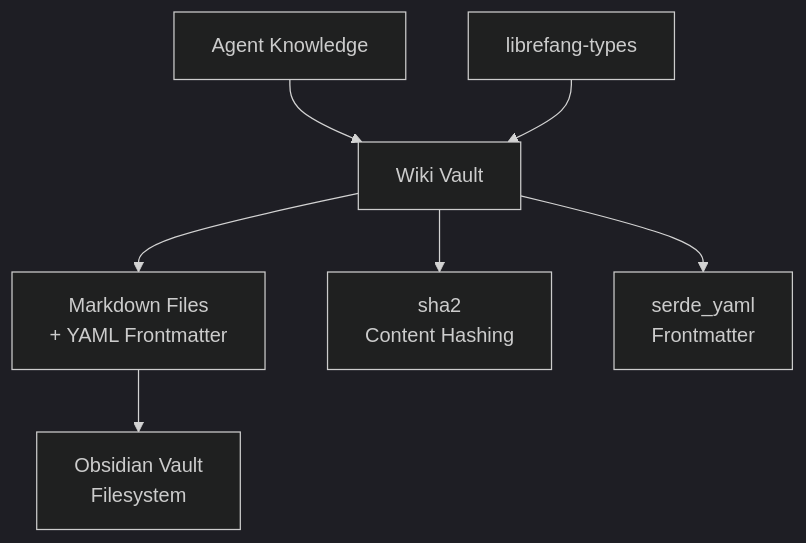
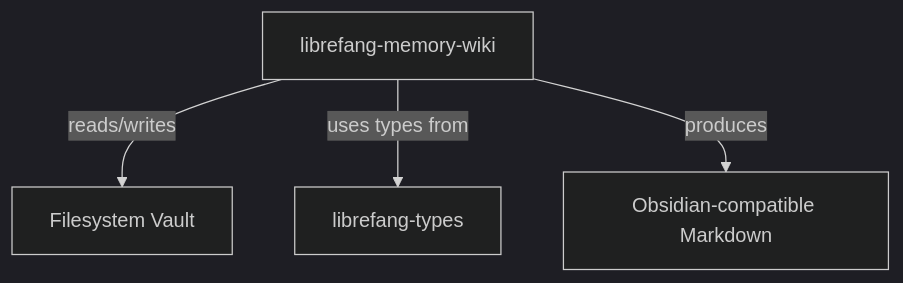
One commit to leszek3737/librefang-WIki changed the diagram in other-librefang-memory-wiki.md. Above: the diagram before and after it, drawn with Mermaid (dark theme). The commit also changed other lines of this file and 126 other files, not shown here.

````diff
--- a/other-librefang-memory-wiki.md
+++ b/other-librefang-memory-wiki.md
@@ -15,9 +28,6 @@
 ```mermaid
 graph TD
-    A[Agent Knowledge] --> B[Wiki Vault]
-    B --> C[Markdown Files<br/>+ YAML Frontmatter]
-    C --> D[Obsidian Vault<br/>Filesystem]
-    E[librefang-types] --> B
-    B --> F[sha2<br/>Content Hashing]
-    B --> G[serde_yaml<br/>Frontmatter]
+    A[librefang-memory-wiki] -->|reads/writes| FS[Filesystem Vault]
+    A -->|uses types from| LT[librefang-types]
+    A -->|produces| OBS[Obsidian-compatible Markdown]
 ```
````
